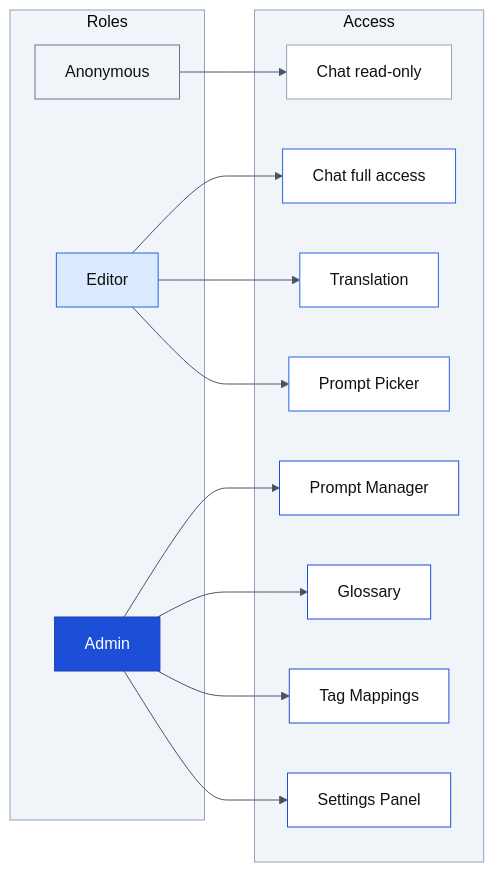
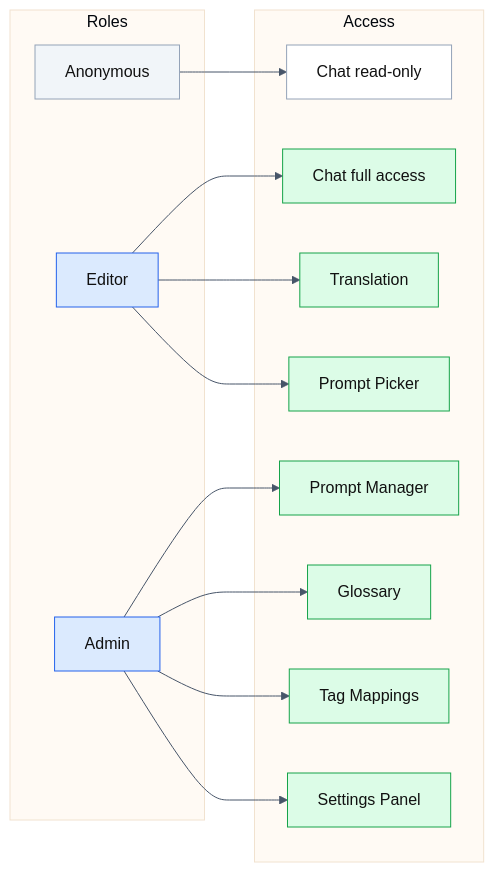
One commit to interaktivgmbh/volto-interaktiv-kyra changed the sixth of 6 diagrams in README.md. Above: the diagram before and after it, drawn with Mermaid. The commit also changed other lines of this file, not shown here.

Commit message:
Expand README with detailed roadmap, improved feature descriptions, and updated Mermaid diagram styles.

````diff
--- a/README.md
+++ b/README.md
@@ -280,41 +307,41 @@
 ```mermaid
-%%{init: {'theme': 'base', 'themeVariables': {'primaryColor': '#dbeafe', 'primaryBorderColor': '#2563eb', 'primaryTextColor': '#111', 'lineColor': '#475569', 'clusterBkg': '#f1f5f9', 'clusterBorder': '#94a3b8'}}}%%
+%%{init: {'theme': 'base', 'themeVariables': {'primaryColor': '#dbeafe', 'primaryBorderColor': '#2563eb', 'primaryTextColor': '#111', 'lineColor': '#475569'}}}%%
 flowchart LR
     subgraph Roles
         ANON["Anonymous"]
         EDITOR["Editor"]
         ADMIN["Admin"]
     end
 
     subgraph Access
         F1["Chat read-only"]
         F2["Chat full access"]
         F3["Translation"]
         F4["Prompt Picker"]
         F5["Prompt Manager"]
         F6["Glossary"]
         F7["Tag Mappings"]
         F8["Settings Panel"]
     end
 
     ANON --> F1
     EDITOR --> F2
     EDITOR --> F3
     EDITOR --> F4
     ADMIN --> F5
     ADMIN --> F6
     ADMIN --> F7
     ADMIN --> F8
 
-    style ANON fill:#f1f5f9,stroke:#64748b,color:#111
+    style ANON fill:#f1f5f9,stroke:#94a3b8,color:#111
     style EDITOR fill:#dbeafe,stroke:#2563eb,color:#111
-    style ADMIN fill:#1d4ed8,stroke:#1e40af,color:#fff
+    style ADMIN fill:#dbeafe,stroke:#2563eb,color:#111
     style F1 fill:#fff,stroke:#94a3b8,color:#111
-    style F2 fill:#fff,stroke:#2563eb,color:#111
-    style F3 fill:#fff,stroke:#2563eb,color:#111
-    style F4 fill:#fff,stroke:#2563eb,color:#111
-    style F5 fill:#fff,stroke:#1d4ed8,color:#111
-    style F6 fill:#fff,stroke:#1d4ed8,color:#111
-    style F7 fill:#fff,stroke:#1d4ed8,color:#111
-    style F8 fill:#fff,stroke:#1d4ed8,color:#111
+    style F2 fill:#dcfce7,stroke:#16a34a,color:#111
+    style F3 fill:#dcfce7,stroke:#16a34a,color:#111
+    style F4 fill:#dcfce7,stroke:#16a34a,color:#111
+    style F5 fill:#dcfce7,stroke:#16a34a,color:#111
+    style F6 fill:#dcfce7,stroke:#16a34a,color:#111
+    style F7 fill:#dcfce7,stroke:#16a34a,color:#111
+    style F8 fill:#dcfce7,stroke:#16a34a,color:#111
 ```
````
